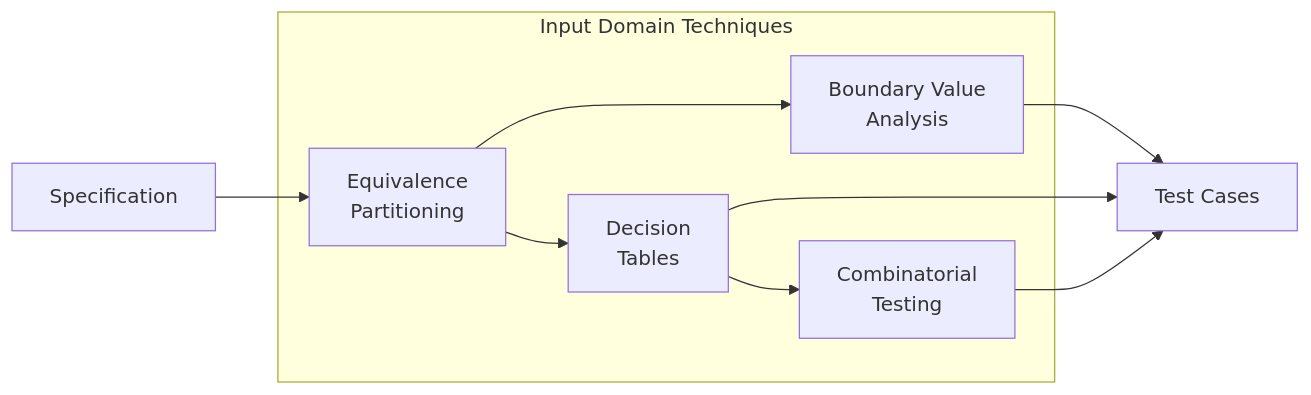
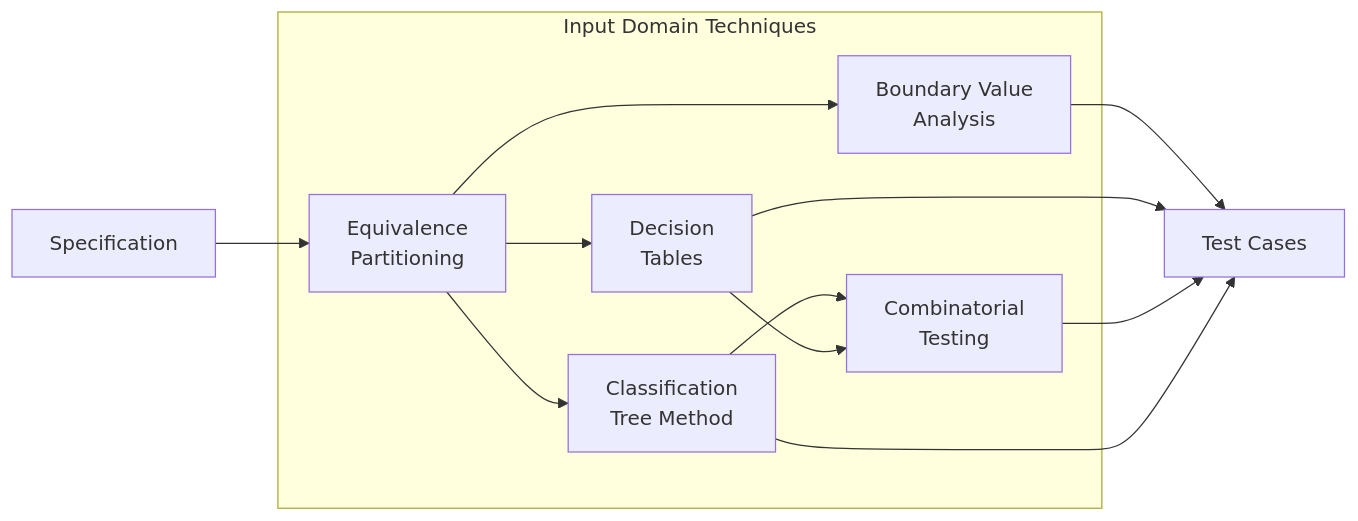
Before and after one commit to 3llimi/sqrbok.github.io: the diagram in content/verif/domain/index.md, drawn with Mermaid. The commit also changed other lines of this file and 6 other files, not shown here.

````diff
--- a/content/verif/domain/index.md
+++ b/content/verif/domain/index.md
@@ -49,17 +49,21 @@
 ```mermaid
 flowchart LR
     subgraph "Input Domain Techniques"
         EP["Equivalence<br/>Partitioning"]
         BVA["Boundary Value<br/>Analysis"]
         DT["Decision<br/>Tables"]
+        CTM["Classification<br/>Tree Method"]
         CT["Combinatorial<br/>Testing"]
     end
 
     SPEC[Specification] --> EP
     EP --> BVA
     EP --> DT
+    EP --> CTM
+    CTM --> CT
     DT --> CT
     BVA --> TC[Test Cases]
     DT --> TC
     CT --> TC
+    CTM --> TC
 ```
````
